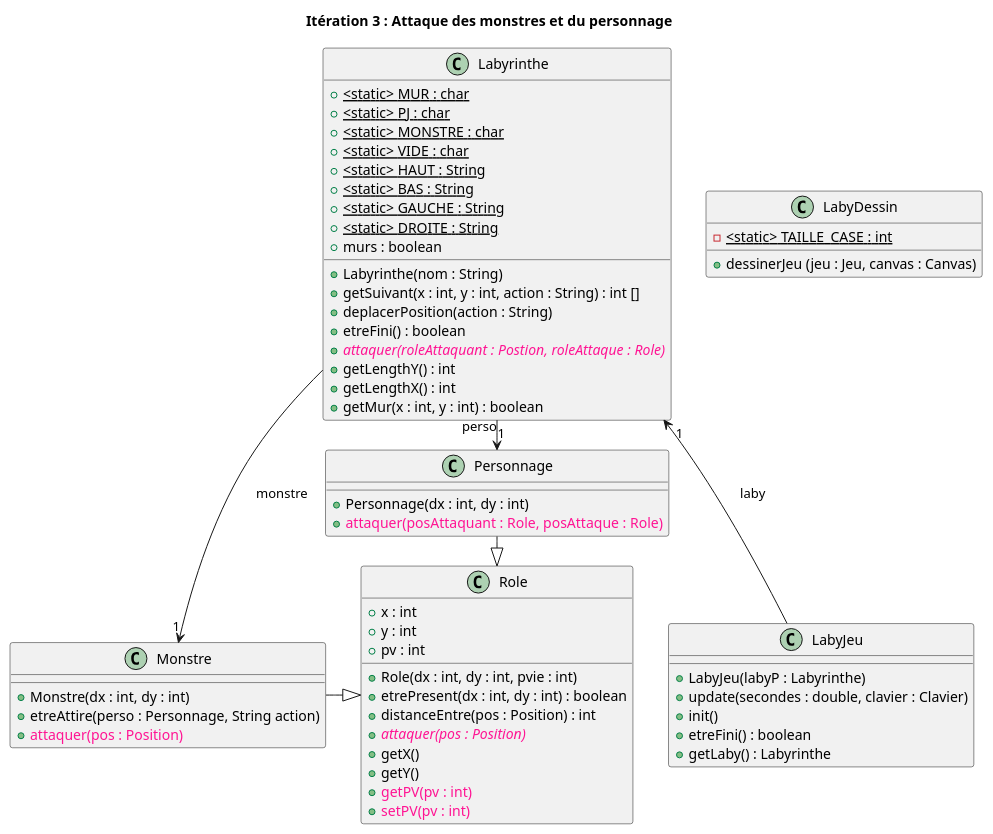
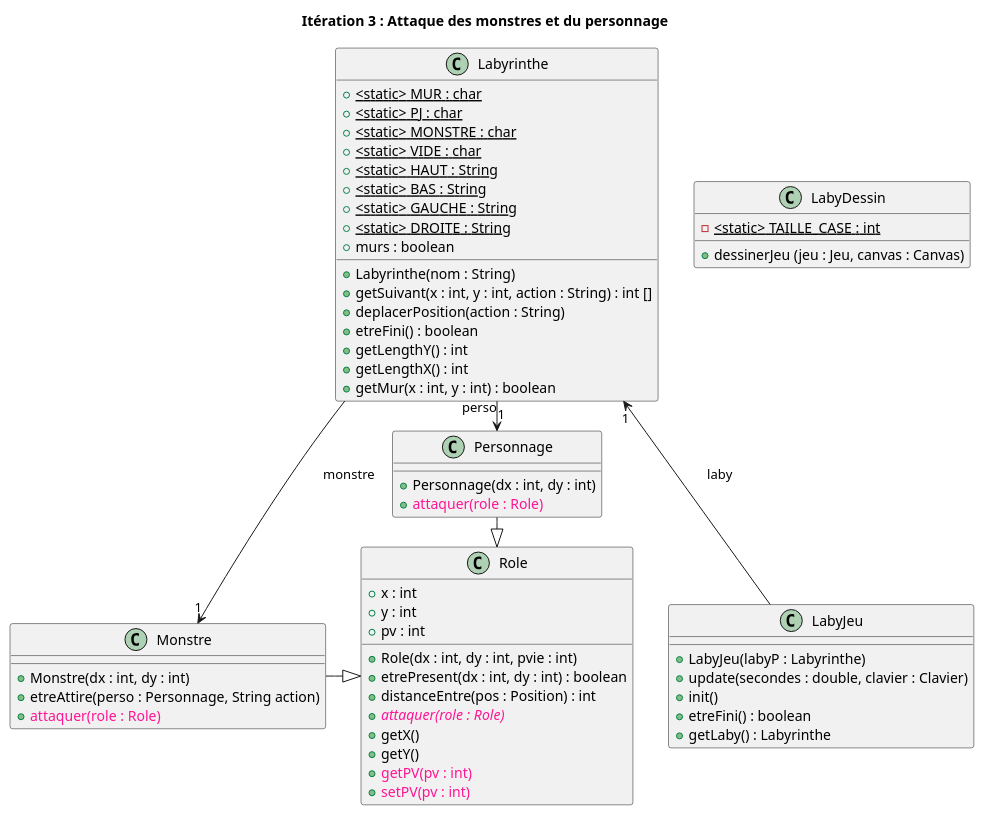
One commit to Hugo-COLLIN/BUT_INFO_S2_2022_Zeldiablo changed the diagram in racine_depot/documents/version_4/diagClass_iter3.puml. Above: the diagram before and after it, drawn with PlantUML. The commit also changed 1 other file, not shown here.

Commit message:
maj diagClass attaquer et role

```diff
--- a/racine_depot/documents/version_4/diagClass_iter3.puml
+++ b/racine_depot/documents/version_4/diagClass_iter3.puml
@@ -1,71 +1,70 @@
 @startuml
 title Itération 3 : Attaque des monstres et du personnage
 
 class Labyrinthe {
     + <static> MUR : char {static}
     + <static> PJ : char {static}
     + <static> MONSTRE : char {static}
     + <static> VIDE : char {static}
     + <static> HAUT : String {static}
     + <static> BAS : String {static}
     + <static> GAUCHE : String {static}
     + <static> DROITE : String {static}
     + murs : boolean
 
     + Labyrinthe(nom : String)
     + getSuivant(x : int, y : int, action : String) : int []
     + deplacerPosition(action : String)
     + etreFini() : boolean
-    {abstract} + <color:deeppink>attaquer(roleAttaquant : Postion, roleAttaque : Role)</color>
     + getLengthY() : int
     + getLengthX() : int
     + getMur(x : int, y : int) : boolean
 }
 
 class LabyJeu {
     + LabyJeu(labyP : Labyrinthe)
     + update(secondes : double, clavier : Clavier)
     + init()
     + etreFini() : boolean
     + getLaby() : Labyrinthe
 }
 
 class LabyDessin {
     - <static> TAILLE_CASE : int {static}
     + dessinerJeu (jeu : Jeu, canvas : Canvas)
 }
 
 class Role {
     + x : int
     + y : int
     + pv : int
 
     + Role(dx : int, dy : int, pvie : int)
     + etrePresent(dx : int, dy : int) : boolean
     + distanceEntre(pos : Position) : int
-    {abstract} + <color:deeppink>attaquer(pos : Position)</color>
+    {abstract} + <color:deeppink>attaquer(role : Role)</color>
     + getX()
     + getY()
     + <color:deeppink>getPV(pv : int)</color>
     + <color:deeppink>setPV(pv : int)</color>
 }
 
 class Personnage {
     + Personnage(dx : int, dy : int)
-    + <color:deeppink>attaquer(posAttaquant : Role, posAttaque : Role)</color>
+    + <color:deeppink>attaquer(role : Role)</color>
 }
 
 class Monstre {
     + Monstre(dx : int, dy : int)
     + etreAttire(perso : Personnage, String action)
-    + <color:deeppink>attaquer(pos : Position)</color>
+    + <color:deeppink>attaquer(role : Role)</color>
 }
 
 Labyrinthe --> Monstre : monstre "1"
 Labyrinthe -> Personnage : perso "1"
 Labyrinthe "1" <-- LabyJeu : laby
 
 Monstre -|> Role
 Personnage -|> Role
 
 @enduml
```
